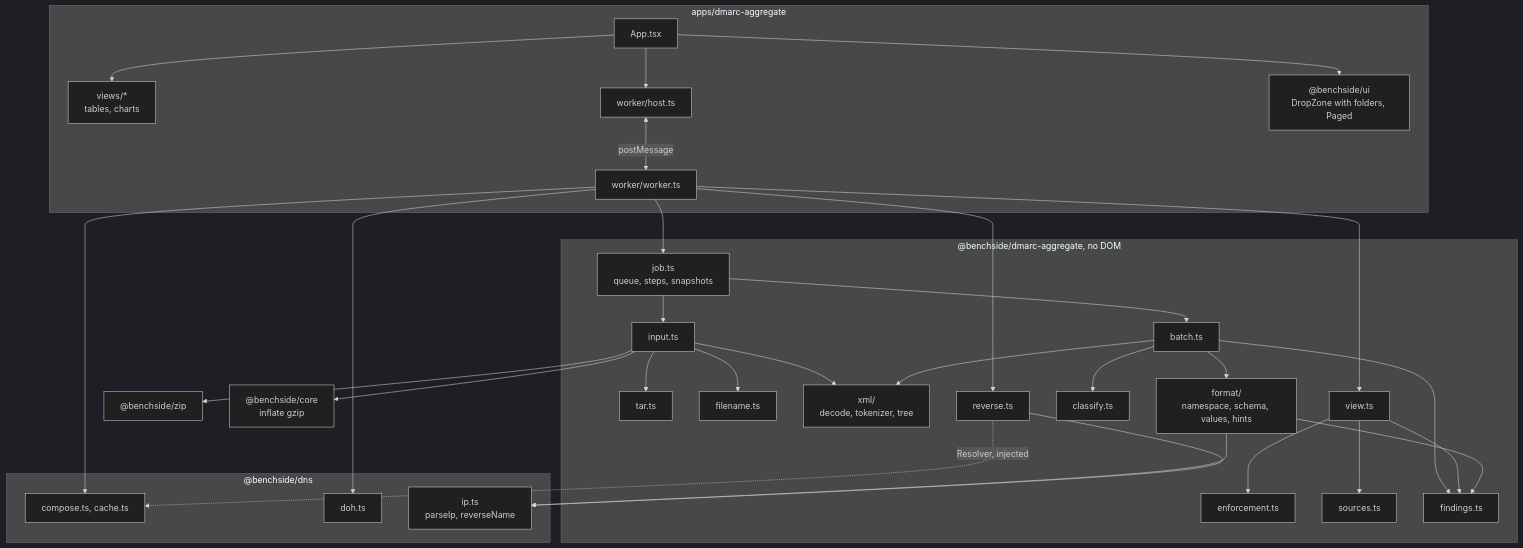
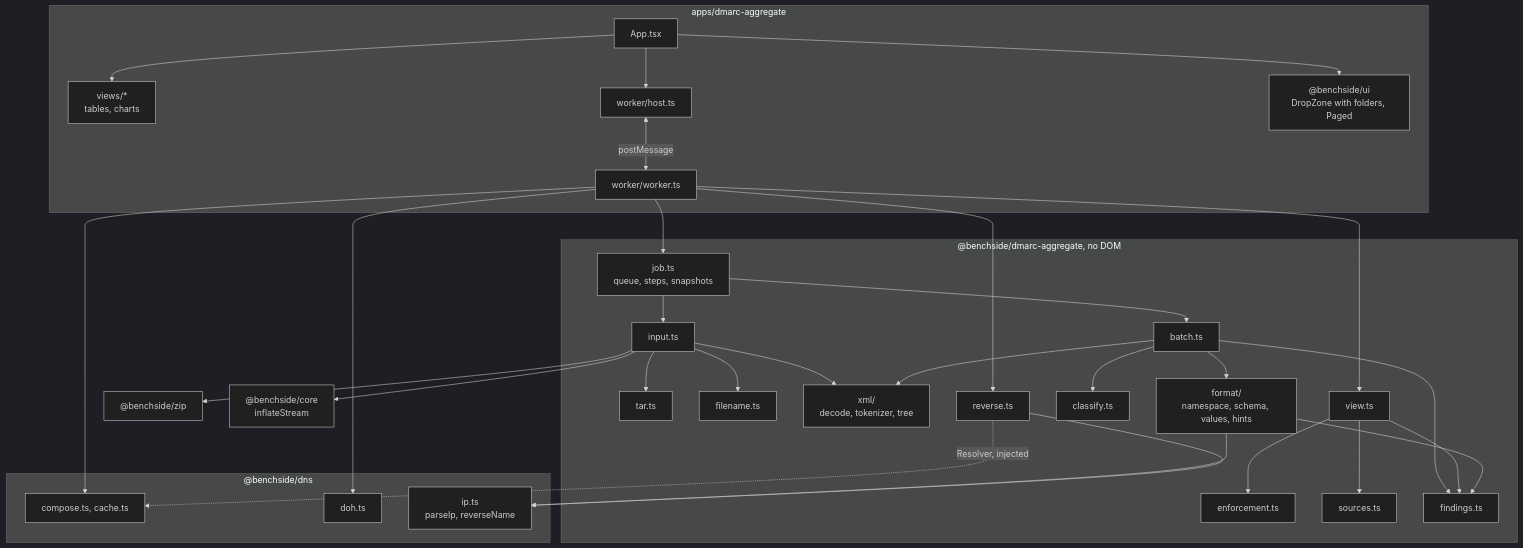
The first of 4 diagrams in docs/explanation/dmarc-aggregate-architecture.md (photom/benchside), drawn with Mermaid (dark theme) before and after one commit. The commit also changed other lines of this file and 9 other files, not shown here.

````diff
--- a/docs/explanation/dmarc-aggregate-architecture.md
+++ b/docs/explanation/dmarc-aggregate-architecture.md
@@ -7,34 +7,34 @@
 ```mermaid
 flowchart TD
   subgraph app ["apps/dmarc-aggregate"]
     App[App.tsx] --> views["views/*<br/>tables, charts"]
     App --> host[worker/host.ts]
     host <-- postMessage --> worker[worker/worker.ts]
     App --> ui["@benchside/ui<br/>DropZone with folders, Paged"]
   end
   subgraph pkg ["@benchside/dmarc-aggregate, no DOM"]
     job["job.ts<br/>queue, steps, snapshots"] --> batch[batch.ts]
     job --> input[input.ts]
     input --> tar[tar.ts]
     input --> filename[filename.ts]
     input --> xml
     batch --> xml["xml/<br/>decode, tokenizer, tree"]
     batch --> format["format/<br/>namespace, schema, values, hints"]
     batch --> classify[classify.ts]
     view[view.ts] --> enforce[enforcement.ts]
     view --> sources[sources.ts]
     reverse[reverse.ts]
     batch & view & format --> findings[findings.ts]
   end
   subgraph dns ["@benchside/dns"]
     compose[compose.ts, cache.ts]
     doh[doh.ts]
     ip["ip.ts<br/>parseIp, reverseName"]
   end
   input --> zip["@benchside/zip"]
-  input --> core["@benchside/core<br/>inflate gzip"]
+  input --> core["@benchside/core<br/>inflateStream"]
   format & reverse --> ip
   reverse -. "Resolver, injected" .-> compose
   worker --> job & view & reverse
   worker --> compose & doh
 ```
````
